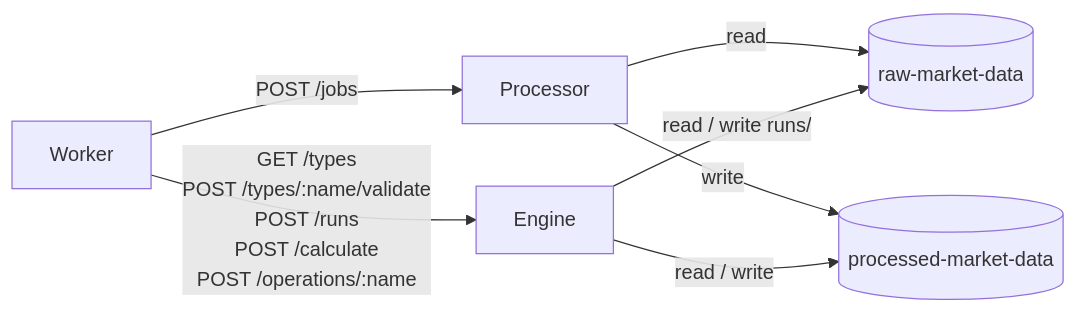
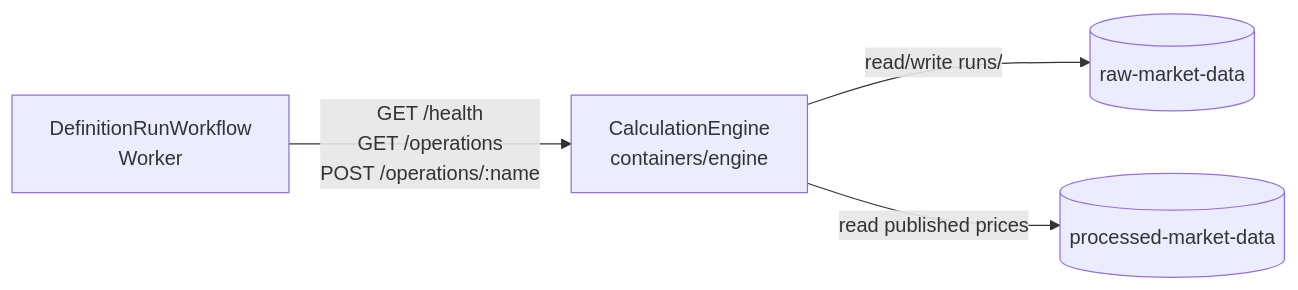
The diagram in docs/src/content/docs/reference/containers.md (maxime-filippini/data-service), drawn with Mermaid before and after one commit. The commit also changed other lines of this file and 165 other files, not shown here.

````diff
--- a/docs/src/content/docs/reference/containers.md
+++ b/docs/src/content/docs/reference/containers.md
@@ -15,9 +15,6 @@
 ```mermaid
 flowchart LR
-  W[Worker] -- "POST /jobs" --> P[Processor]
-  W -- "GET /types<br/>POST /types/:name/validate<br/>POST /runs<br/>POST /calculate<br/>POST /operations/:name" --> E[Engine]
-  P -- read --> raw[(raw-market-data)]
-  P -- write --> processed[(processed-market-data)]
-  E -- read / write --> processed
-  E -- "read / write runs/" --> raw
+  W[DefinitionRunWorkflow<br/>Worker] -- "GET /health<br/>GET /operations<br/>POST /operations/:name" --> E[CalculationEngine<br/>containers/engine]
+  E -- "read/write runs/" --> raw[(raw-market-data)]
+  E -- "read published prices" --> processed[(processed-market-data)]
 ```
````
